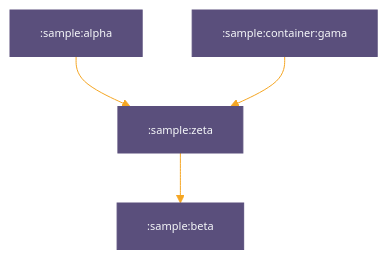
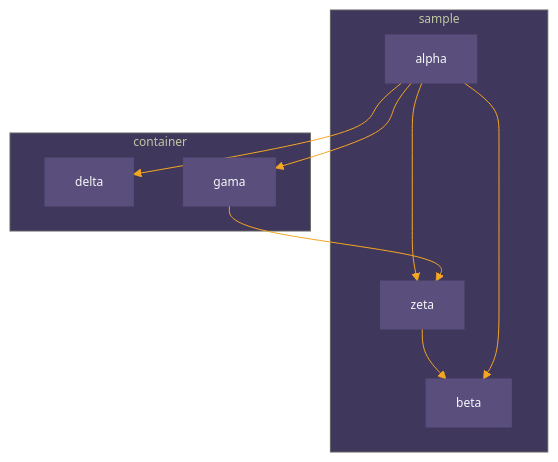
The diagram in sample/README.md (iurysza/module-graph), drawn with Mermaid before and after one commit. The commit also changed 4 other files, not shown here.

Commit message:
Highlight focused node via mermaid styled classes

````diff
--- a/sample/README.md
+++ b/sample/README.md
@@ -3,13 +3,26 @@
 ```mermaid
 %%{
   init: {
     'theme': 'base',
-	'themeVariables': {"primaryTextColor":"#F6F8FAff","primaryColor":"#5a4f7c","primaryBorderColor":"#5a4f7c","lineColor":"#f5a623","tertiaryColor":"#40375c","fontSize":"11px"}
+	'themeVariables': {"primaryTextColor":"#F6F8FAff","primaryColor":"#5a4f7c","primaryBorderColor":"#5a4f7c","tertiaryColor":"#40375c","lineColor":"#f5a623","fontSize":"12px","darkMode":"false"}
   }
 }%%
 
 graph TB
-  :sample:zeta --> :sample:beta
-  :sample:alpha --> :sample:zeta
-  :sample:container:gama --> :sample:zeta
+  subgraph sample
+    alpha
+    beta
+    zeta
+  end
+  subgraph container
+    delta
+    gama
+  end
+  zeta --> beta
+  alpha --> zeta
+  alpha --> beta
+  alpha --> gama
+  alpha --> delta
+  gama --> zeta
+
 ```
````
